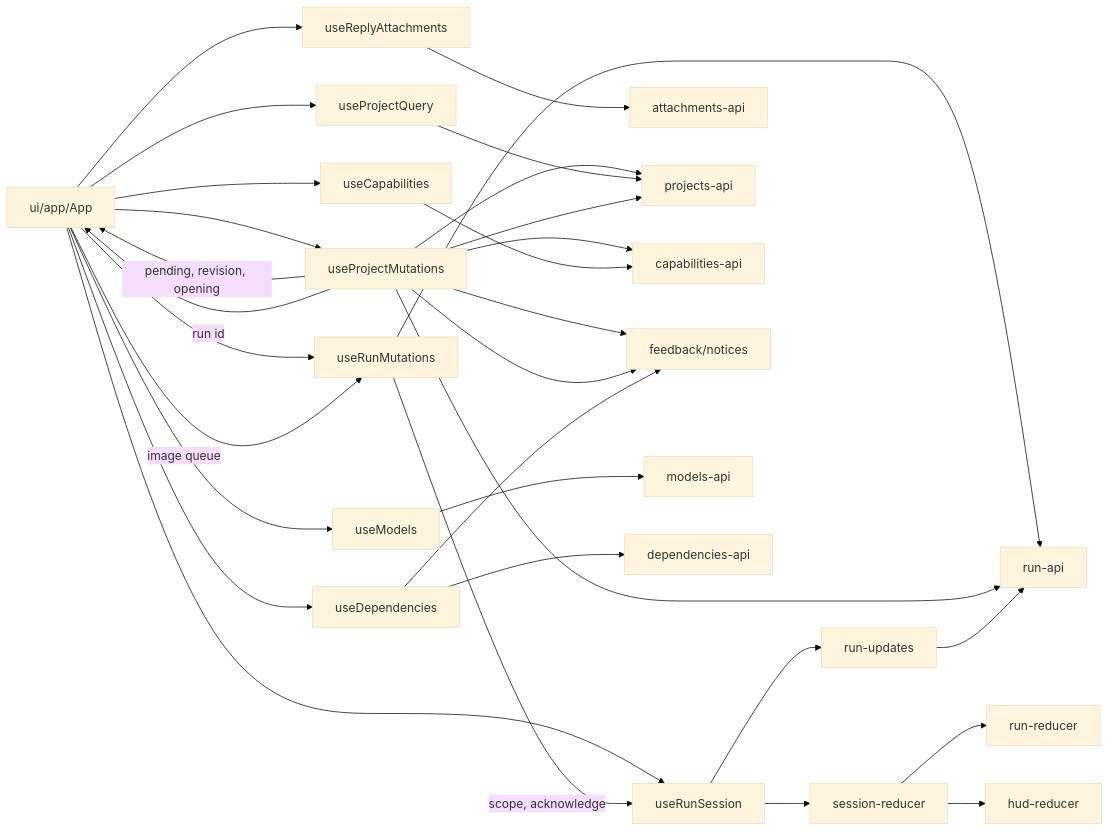
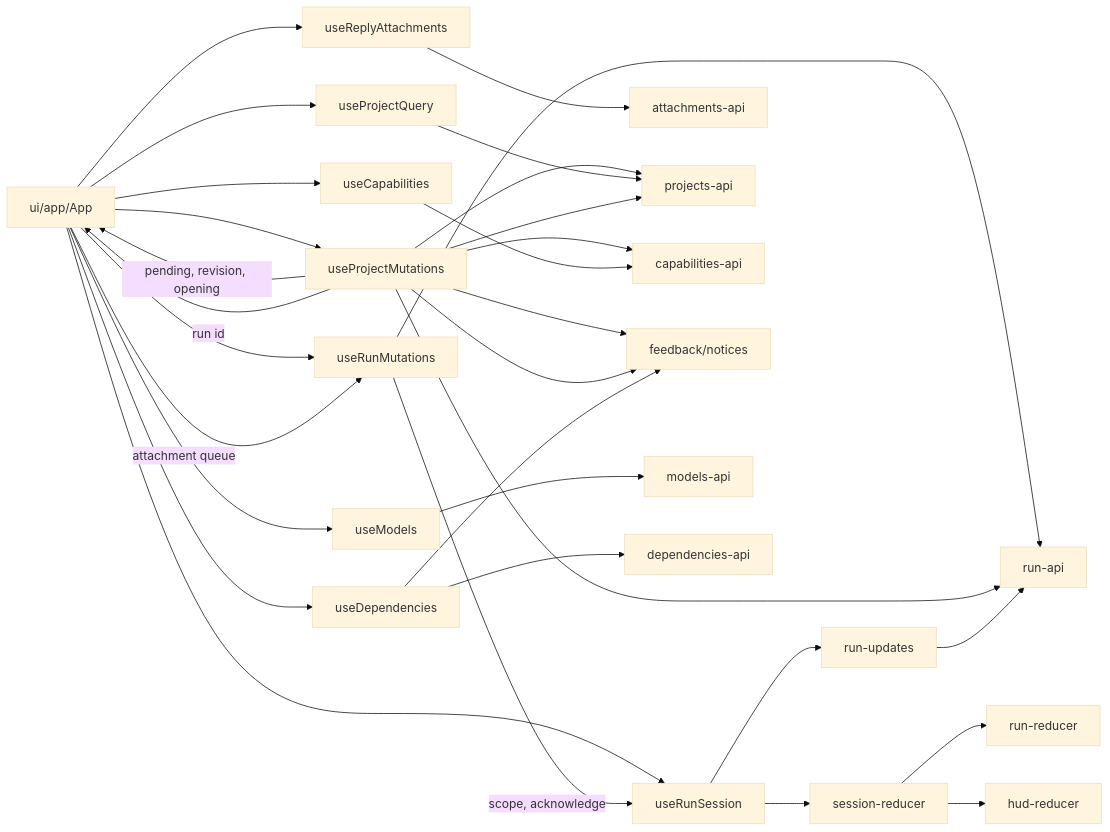
The diagram in desktop/renderer/src/ARCHITECTURE.md (Tachion-Oy/robozium), drawn with Mermaid (base theme) before and after one commit. The commit also changed other lines of this file and 8 other files, not shown here.

````diff
--- a/desktop/renderer/src/ARCHITECTURE.md
+++ b/desktop/renderer/src/ARCHITECTURE.md
@@ -61,29 +61,29 @@
 ```mermaid
 flowchart LR
   App["ui/app/App"] --> Models["useModels"]
   App --> Query["useProjectQuery"]
   App --> Mutations["useProjectMutations"]
   Mutations -- "pending, revision, opening" --> App
   App --> Capabilities["useCapabilities"]
   App --> Session["useRunSession"]
   App --> RunMutations["useRunMutations"]
   RunMutations -- "scope, acknowledge" --> Session
   RunMutations --> RunApi
   App --> ReplyAttachments["useReplyAttachments"] --> AttachmentsApi["attachments-api"]
-  App -- "image queue" --> RunMutations
+  App -- "attachment queue" --> RunMutations
   Mutations -- "run id" --> App
   Mutations --> ProjectsApi["projects-api"]
   Mutations --> CapabilitiesApi["capabilities-api"]
   Mutations --> RunApi["run-api"]
   Mutations --> Notices["feedback/notices"]
   Session --> Updates["run-updates"] --> RunApi
   Session --> Reducer["session-reducer"] --> RunReducer["run-reducer"]
   Reducer --> HudReducer["hud-reducer"]
   Query --> ProjectsApi
   Mutations --> ProjectsApi
   Mutations --> Notices
   Capabilities --> CapabilitiesApi
   Models --> ModelsApi["models-api"]
   App --> Dependencies["useDependencies"] --> DependenciesApi["dependencies-api"]
   Dependencies --> Notices
 ```
````
